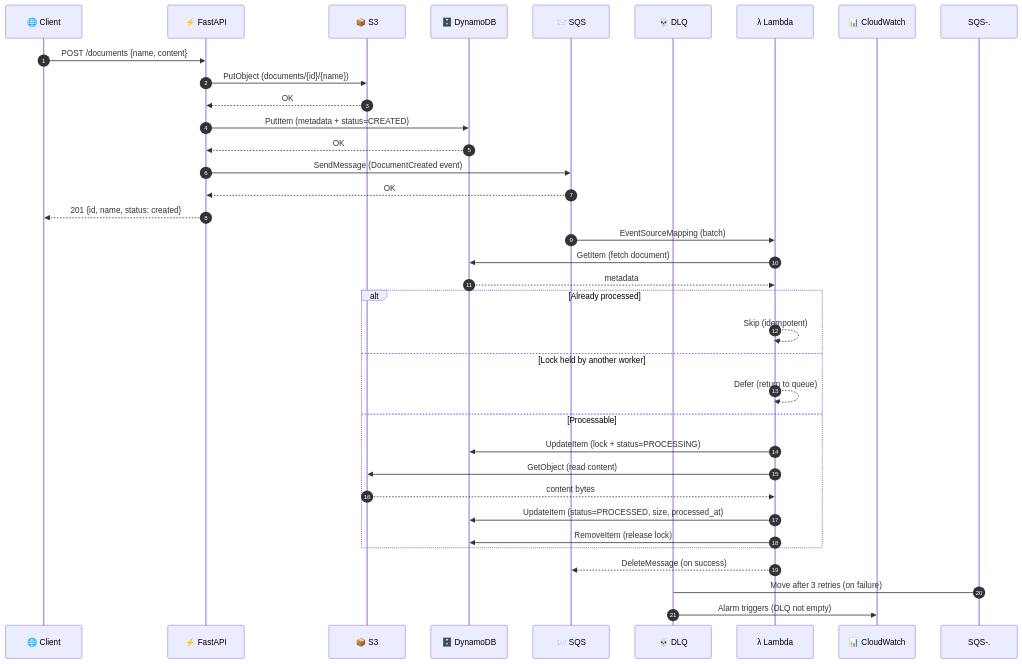
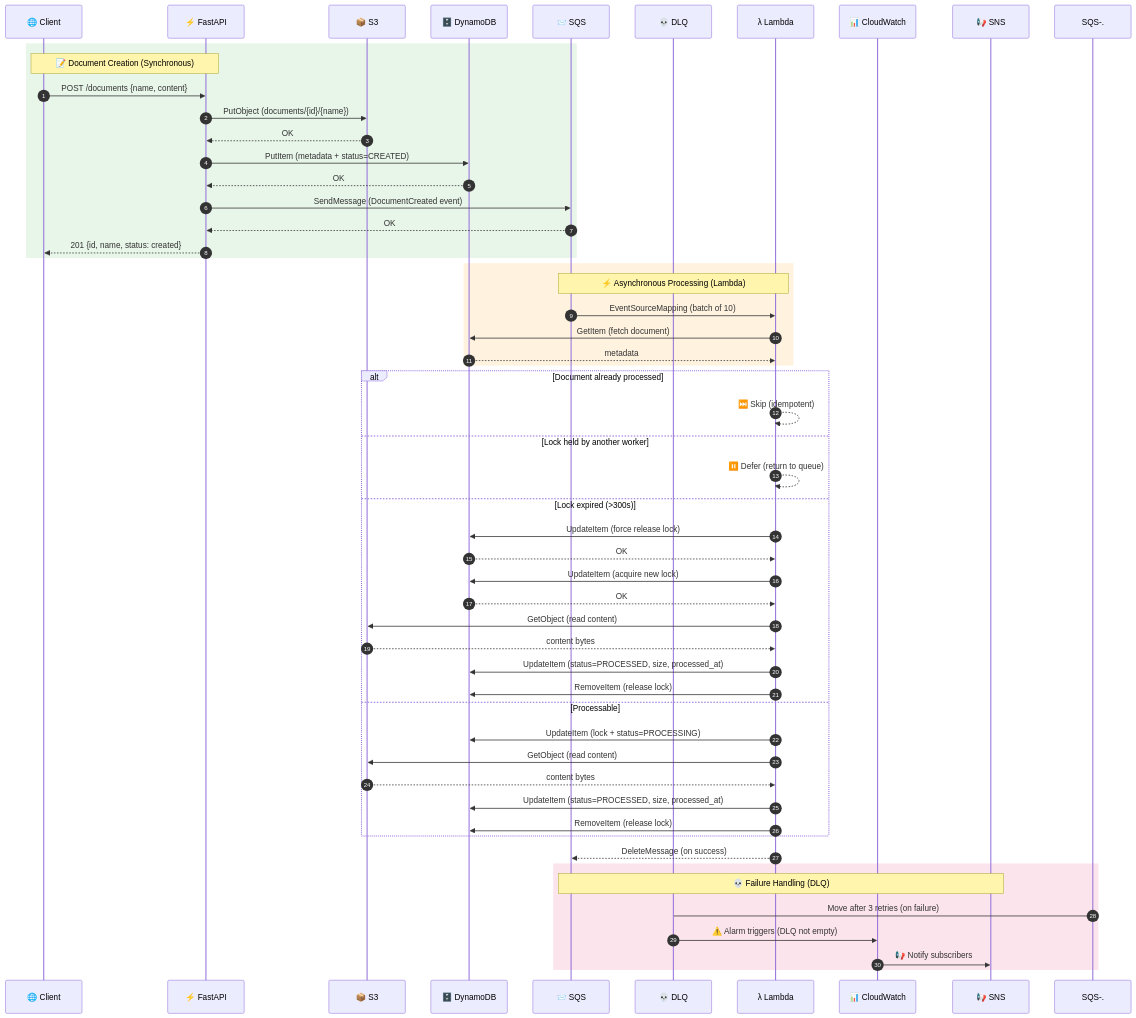
One commit to sergio11/aws_serverless_pipeline_poc changed the second of 6 diagrams in README.md. Above: the diagram before and after it, drawn with Mermaid. The commit also changed other lines of this file, not shown here.

````diff
--- a/README.md
+++ b/README.md
@@ -243,41 +343,62 @@
 ```mermaid
 sequenceDiagram
     autonumber
     participant C as 🌐 Client
     participant API as ⚡ FastAPI
     participant S3 as 📦 S3
     participant DDB as 🗄️ DynamoDB
     participant SQS as 📨 SQS
     participant DLQ as 💀 DLQ
     participant L as λ Lambda
-    participant MON as 📊 CloudWatch
+    participant CW as 📊 CloudWatch
+    participant SNS as 📢 SNS
 
-    C->>API: POST /documents {name, content}
-    API->>S3: PutObject (documents/{id}/{name})
-    S3-->>API: OK
-    API->>DDB: PutItem (metadata + status=CREATED)
-    DDB-->>API: OK
-    API->>SQS: SendMessage (DocumentCreated event)
-    SQS-->>API: OK
-    API-->>C: 201 {id, name, status: created}
+    rect rgb(232, 245, 233)
+        Note over C,API: 📝 Document Creation (Synchronous)
+        C->>API: POST /documents {name, content}
+        API->>S3: PutObject (documents/{id}/{name})
+        S3-->>API: OK
+        API->>DDB: PutItem (metadata + status=CREATED)
+        DDB-->>API: OK
+        API->>SQS: SendMessage (DocumentCreated event)
+        SQS-->>API: OK
+        API-->>C: 201 {id, name, status: created}
+    end
 
-    SQS->>L: EventSourceMapping (batch)
-    L->>DDB: GetItem (fetch document)
-    DDB-->>L: metadata
+    rect rgb(255, 243, 224)
+        Note over SQS,L: ⚡ Asynchronous Processing (Lambda)
+        SQS->>L: EventSourceMapping (batch of 10)
+        L->>DDB: GetItem (fetch document)
+        DDB-->>L: metadata
+    end
 
-    alt Already processed
-        L-->>L: Skip (idempotent)
+    alt Document already processed
+        L-->>L: ⏭️ Skip (idempotent)
     else Lock held by another worker
-        L-->>L: Defer (return to queue)
+        L-->>L: ⏸️ Defer (return to queue)
+    else Lock expired (>300s)
+        L->>DDB: UpdateItem (force release lock)
+        DDB-->>L: OK
+        L->>DDB: UpdateItem (acquire new lock)
+        DDB-->>L: OK
+        L->>S3: GetObject (read content)
+        S3-->>L: content bytes
+        L->>DDB: UpdateItem (status=PROCESSED, size, processed_at)
+        L->>DDB: RemoveItem (release lock)
     else Processable
         L->>DDB: UpdateItem (lock + status=PROCESSING)
         L->>S3: GetObject (read content)
         S3-->>L: content bytes
         L->>DDB: UpdateItem (status=PROCESSED, size, processed_at)
         L->>DDB: RemoveItem (release lock)
     end
 
     L-->>SQS: DeleteMessage (on success)
-    SQS-.->DLQ: Move after 3 retries (on failure)
-    DLQ->>MON: Alarm triggers (DLQ not empty)
+
+    rect rgb(252, 228, 236)
+        Note over SQS,SNS: 💀 Failure Handling (DLQ)
+        SQS-.->DLQ: Move after 3 retries (on failure)
+        DLQ->>CW: ⚠️ Alarm triggers (DLQ not empty)
+        CW->>SNS: 📢 Notify subscribers
+    end
 ```
````
